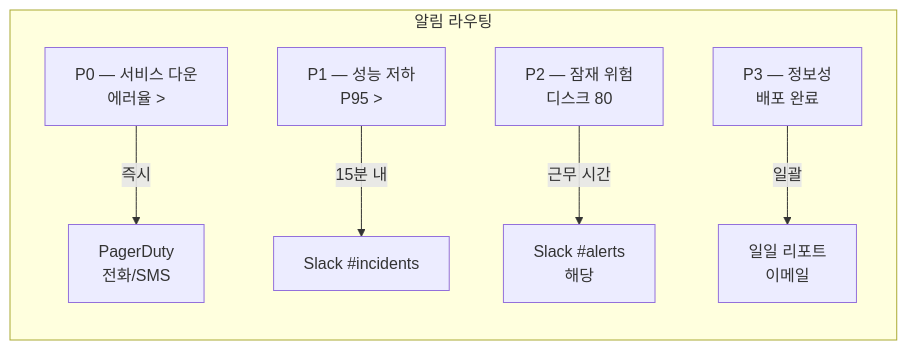
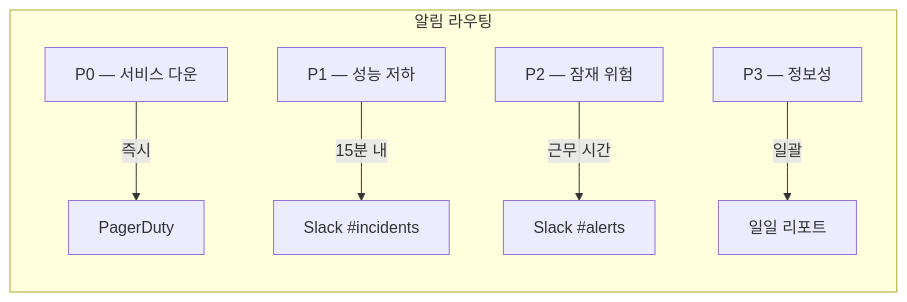
One commit to yjkim2015/yjkim2015.github.io changed the sixth of 8 diagrams in _posts/monitoring/2026-05-03-sre-golden-signals.md. Above: the diagram before and after it, drawn with Mermaid. The commit also changed other lines of this file and 217 other files, not shown here.

First line of the commit message:
Mermaid 크기 수정: useMaxWidth:true + SVG max-width:100% + 라벨 축소

````diff
--- a/_posts/monitoring/2026-05-03-sre-golden-signals.md
+++ b/_posts/monitoring/2026-05-03-sre-golden-signals.md
@@ -382,9 +382,9 @@
 ```mermaid
 graph LR
     subgraph "알림 라우팅"
-        P0["P0 — 서비스 다운\n에러율 >"] -->|"즉시"| PAGER["PagerDuty\n전화/SMS"]
-        P1["P1 — 성능 저하\nP95 >"] -->|"15분 내"| INCIDENT["Slack #incidents\n"]
-        P2["P2 — 잠재 위험\n디스크 80"] -->|"근무 시간"| ALERT["Slack #alerts\n해당"]
-        P3["P3 — 정보성\n배포 완료"] -->|"일괄"| INFO["일일 리포트\n이메일"]
+        P0["P0 — 서비스 다운"] -->|"즉시"| PAGER["PagerDuty"]
+        P1["P1 — 성능 저하"] -->|"15분 내"| INCIDENT["Slack #incidents"]
+        P2["P2 — 잠재 위험"] -->|"근무 시간"| ALERT["Slack #alerts"]
+        P3["P3 — 정보성"] -->|"일괄"| INFO["일일 리포트"]
     end
 ```
````
